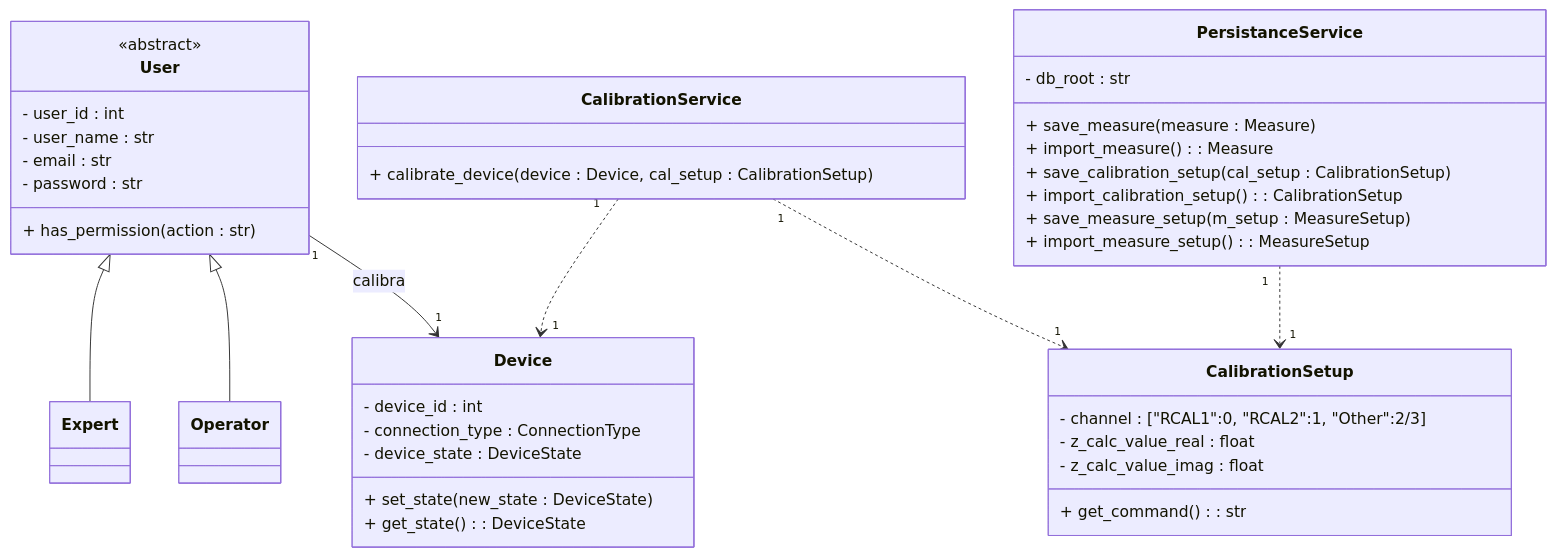
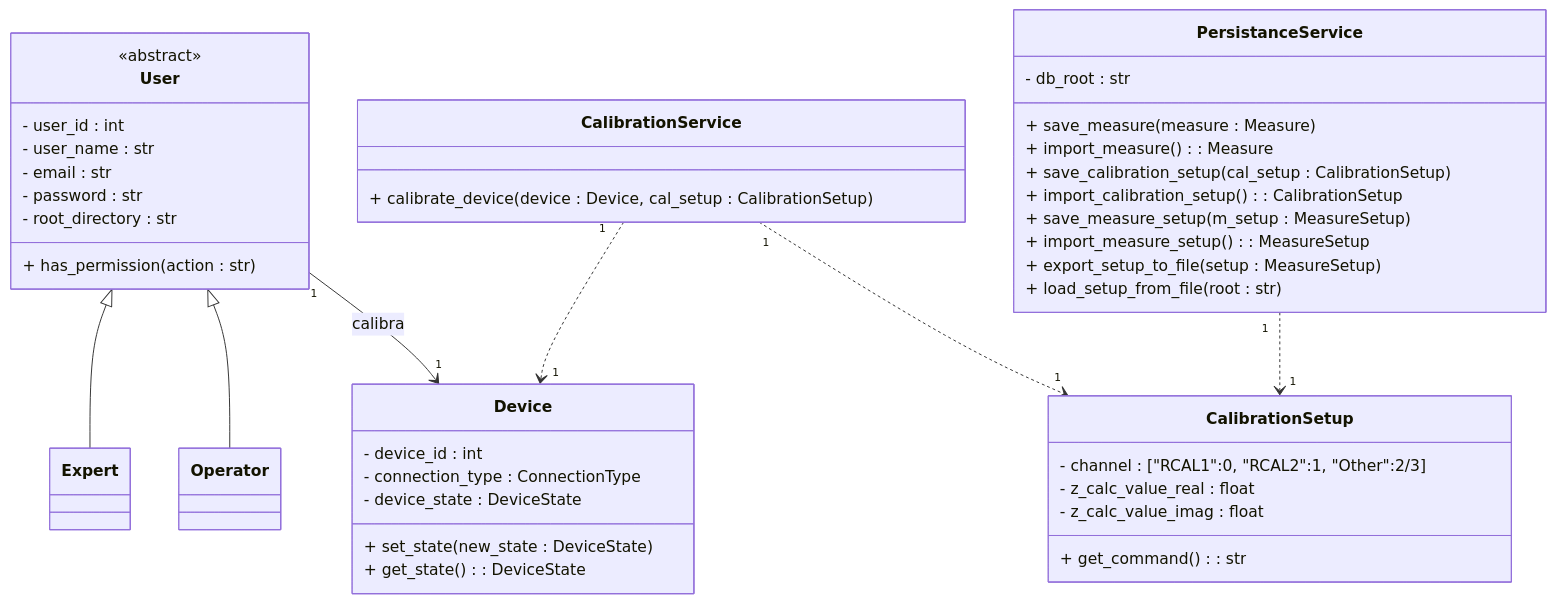
Before and after one commit to alegrelias/Repo-GMini: diagram 14 of 22 in Gmini-MarkDown/Guanaco Mini.md, drawn with Mermaid. The commit also changed other lines of this file, not shown here.

````diff
--- a/Gmini-MarkDown/Guanaco Mini.md
+++ b/Gmini-MarkDown/Guanaco Mini.md
@@ -1320,61 +1340,64 @@
 ```mermaid
 classDiagram
 
 %% jerarquias
 User <|-- Expert
 User <|-- Operator
 
 %% clases
 class User {
-        <<abstract>>
-        - user_id : int
-        - user_name : str
-        - email : str
-        - password : str
-        + has_permission(action : str)
-    }
+	<<abstract>>
+	- user_id : int
+	- user_name : str
+	- email : str
+	- password : str
+	- root_directory : str
+	+ has_permission(action : str)
+}
     
 class Operator{
 
 }
 class Expert{
 
 }
 
 class CalibrationSetup{
 	- channel : ["RCAL1":0, "RCAL2":1, "Other":2/3]
 	- z_calc_value_real : float
 	- z_calc_value_imag : float
 	+ get_command() : str
 }
 
 class Device{
 	- device_id : int
 	- connection_type : ConnectionType
 	- device_state : DeviceState
 	+ set_state(new_state : DeviceState)
 	+ get_state() : DeviceState
 }
 
 class CalibrationService{
 	+ calibrate_device(device : Device, cal_setup : CalibrationSetup)
 }
 
 class PersistanceService{
 	- db_root : str
 	+ save_measure(measure : Measure)
 	+ import_measure() : Measure
 	+ save_calibration_setup(cal_setup : CalibrationSetup)
 	+ import_calibration_setup() : CalibrationSetup
 	+ save_measure_setup(m_setup : MeasureSetup)
 	+ import_measure_setup() : MeasureSetup
+	+ export_setup_to_file(setup : MeasureSetup)
+	+ load_setup_from_file(root : str)
 }
 
 %% relaciones
 User "1"-->"1" Device : calibra
 
 PersistanceService "1"..>"1" CalibrationSetup
 
 CalibrationService "1"..>"1" Device
 CalibrationService "1"..>"1" CalibrationSetup
 ```
````
